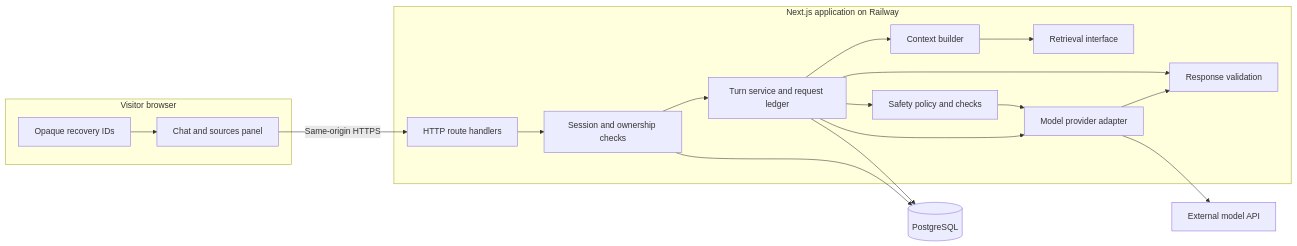
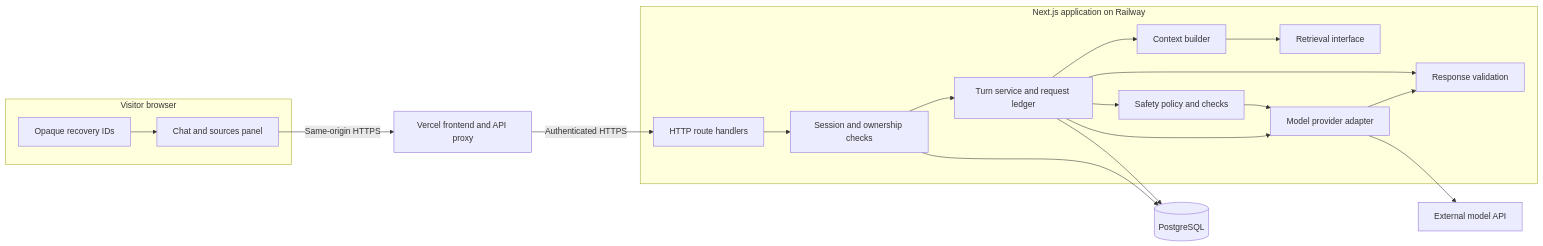
Before and after one commit to priyank-agrawal-101/ai-nutrition-asst: the first of 2 diagrams in docs/architecture.md, drawn with Mermaid. The commit also changed other lines of this file and 31 other files, not shown here.

````diff
--- a/docs/architecture.md
+++ b/docs/architecture.md
@@ -59,33 +59,34 @@
 ```mermaid
 flowchart LR
     subgraph Browser[Visitor browser]
         UI[Chat and sources panel]
         Recovery[Opaque recovery IDs]
     end
     subgraph App[Next.js application on Railway]
         API[HTTP route handlers]
         Session[Session and ownership checks]
         Turn[Turn service and request ledger]
         Safety[Safety policy and checks]
         Context[Context builder]
         Retrieval[Retrieval interface]
         Validate[Response validation]
         Adapter[Model provider adapter]
     end
     DB[(PostgreSQL)]
     Model[External model API]
-    UI -->|Same-origin HTTPS| API
+    UI -->|Same-origin HTTPS| Proxy[Vercel frontend and API proxy]
+    Proxy -->|Authenticated HTTPS| API
     Recovery --> UI
     API --> Session
     Session --> Turn
     Turn --> Safety
     Turn --> Context
     Context --> Retrieval
     Turn --> Adapter
     Safety --> Adapter
     Adapter --> Model
     Adapter --> Validate
     Turn --> Validate
     Session --> DB
     Turn --> DB
 ```
````
